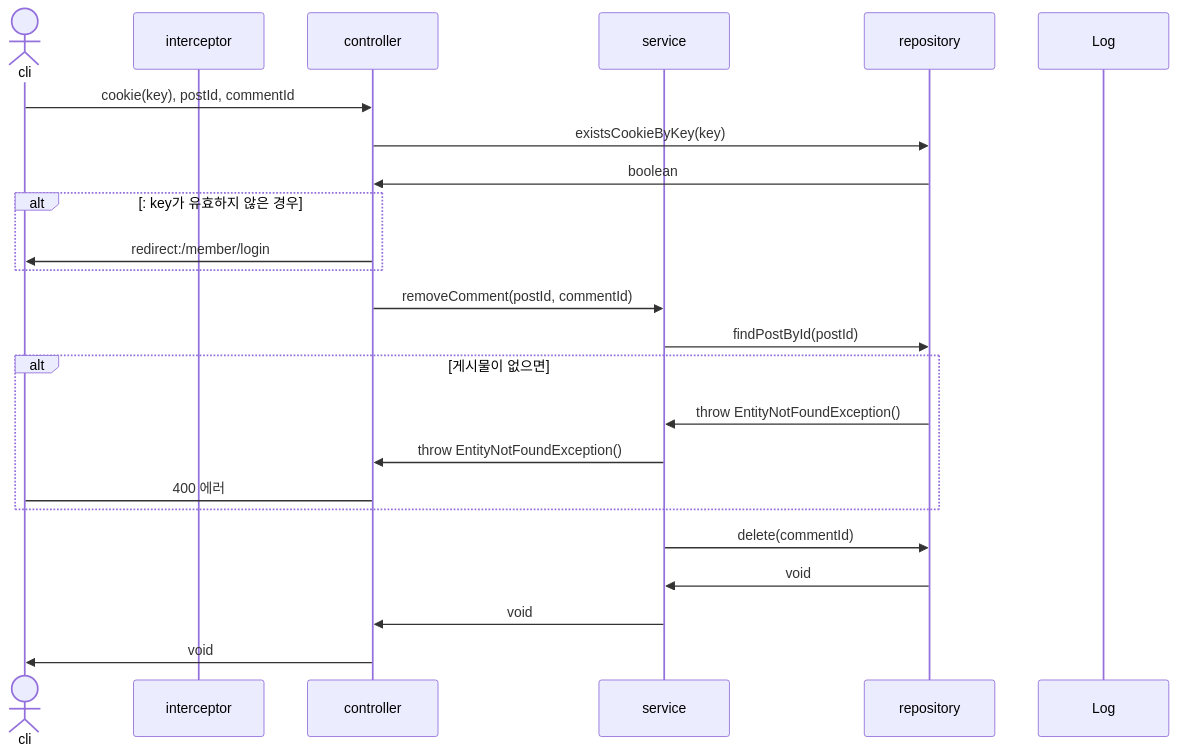
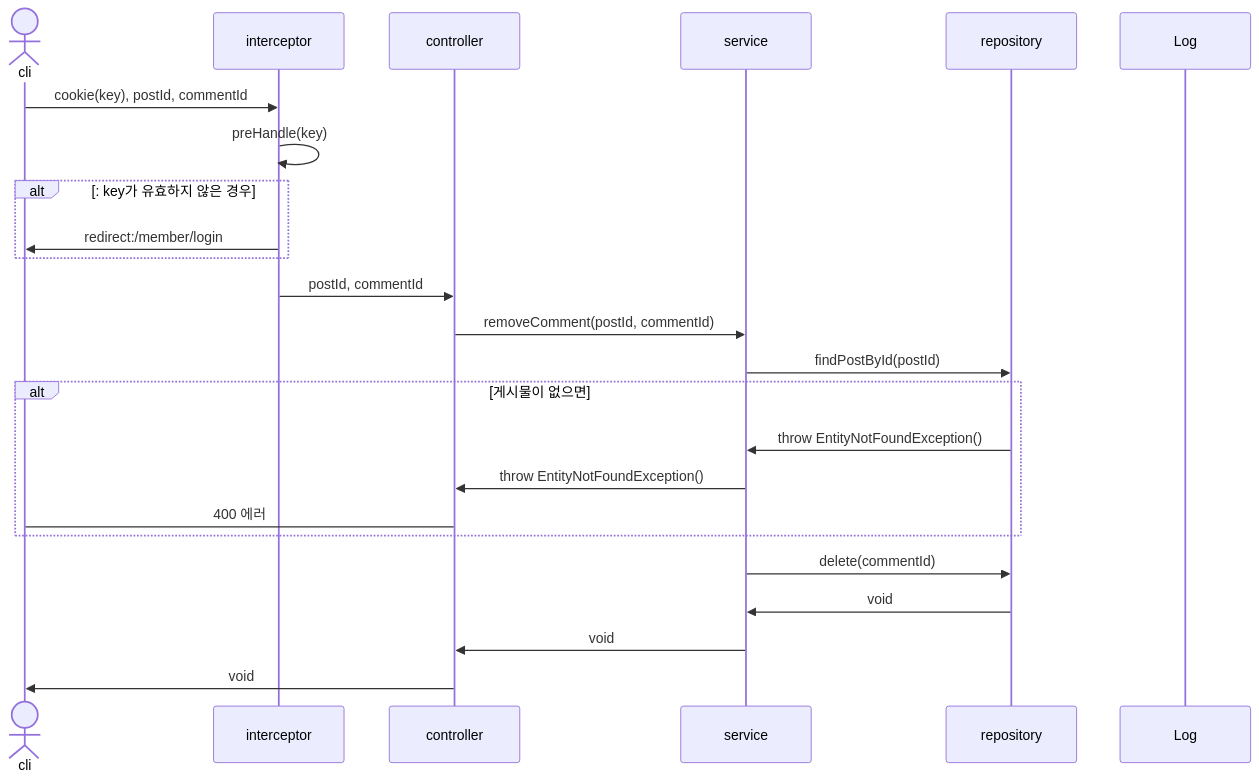
Before and after one commit to mtak0235/snsX: diagram 22 of 30 in sequence.md, drawn with Mermaid. The commit also changed other lines of this file, not shown here.

````diff
--- a/sequence.md
+++ b/sequence.md
@@ -586,27 +585,27 @@
 ```mermaid
 sequenceDiagram
 actor cli
 participant i as interceptor
 participant c as controller
 participant s as service
 participant r as repository
 participant l as Log
 
-cli->>c: cookie(key), postId, commentId
-c->>r: existsCookieByKey(key)
-r->>c: boolean
+cli->>i: cookie(key), postId, commentId
+i->>i: preHandle(key)
 alt: key가 유효하지 않은 경우
-c->>cli: redirect:/member/login
+i->>cli: redirect:/member/login
 end
+i->>c: postId, commentId
 c->>s: removeComment(postId, commentId)
 s->>r: findPostById(postId)
 alt 게시물이 없으면
 r->>s: throw EntityNotFoundException()
 s->>c: throw EntityNotFoundException()
 c->cli: 400 에러
 end
 s->>r: delete(commentId)
 r->>s: void
 s->>c: void
 c->>cli: void
 ```
````
